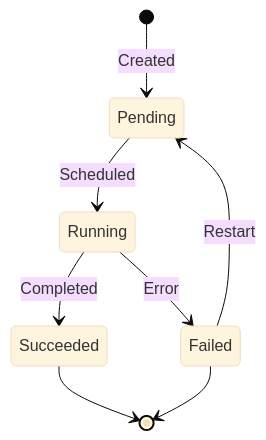
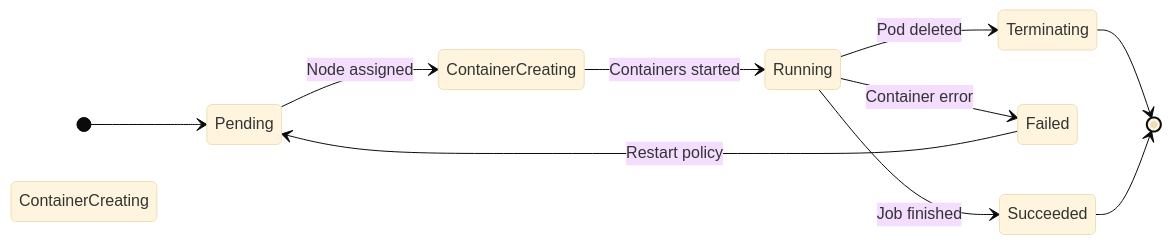
One commit to satishkumar-dhule/EA-SRE-prep changed diagram 12 of 50 in Kubernetes_Visual_Interview_Prep.md. Above: the diagram before and after it, drawn with Mermaid (base theme). The commit also changed other lines of this file and 5 other files, not shown here.

````diff
--- a/Kubernetes_Visual_Interview_Prep.md
+++ b/Kubernetes_Visual_Interview_Prep.md
@@ -221,10 +429,17 @@
 ```mermaid
 stateDiagram-v2
-    [*] --> Pending: Created
-    Pending --> Running: Scheduled
-    Running --> Succeeded: Completed
-    Running --> Failed: Error
-    Failed --> Pending: Restart
+    direction LR
+    [*] --> Pending
+    Pending --> ContainerCreating: Node assigned
+    ContainerCreating --> Running: Containers started
+    
+    Running --> Succeeded: Job finished
+    Running --> Failed: Container error
+    Running --> Terminating: Pod deleted
+    
+    Failed --> Pending: Restart policy
+    Terminating --> [*]
     Succeeded --> [*]
-    Failed --> [*]
+
+    state "ContainerCreating" as CC
 ```
````
